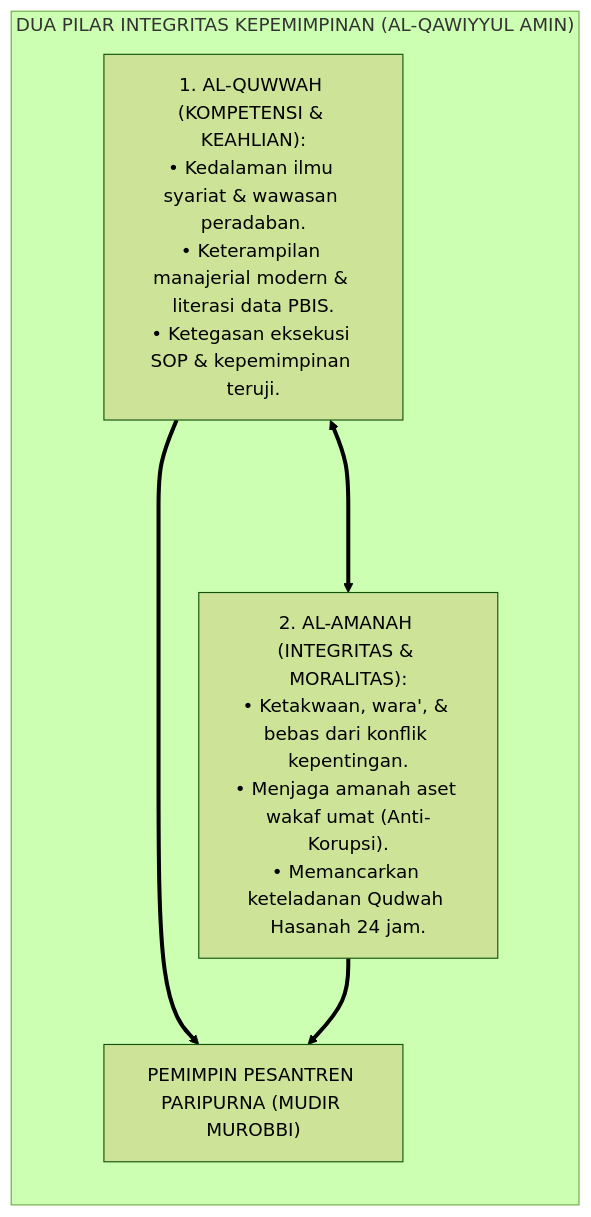
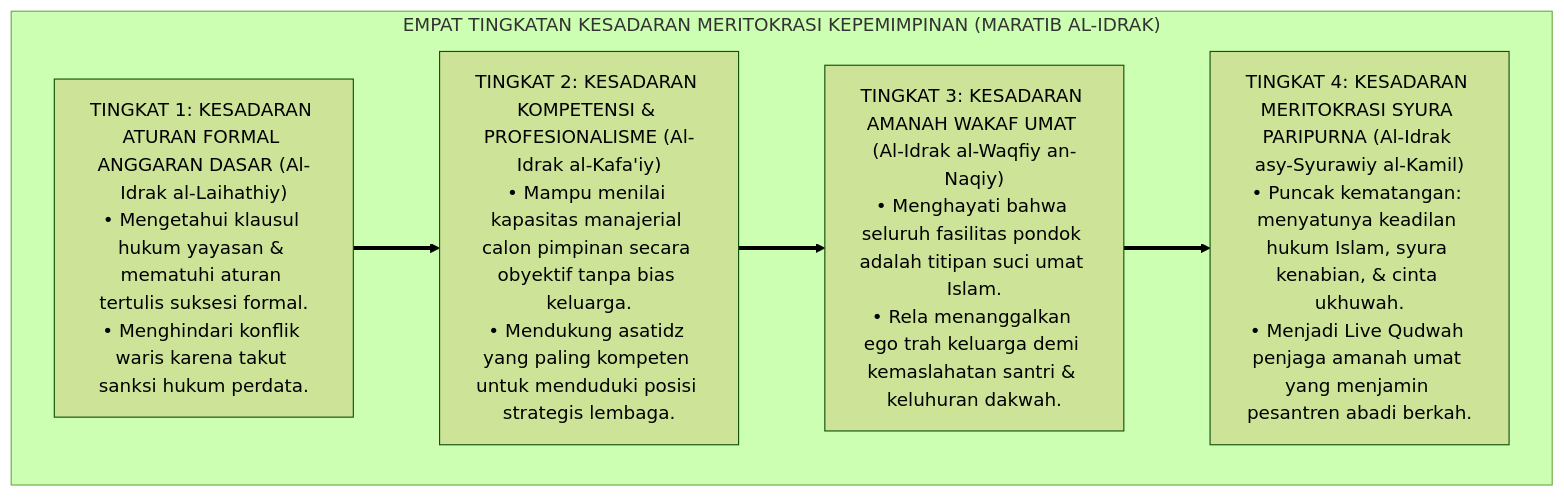
The third of 5 diagrams in 01 Philosophy/05 Leadership/P1-05-05-Kritik-Oligarki-dan-Dinasti-Kepemimpinan-Pesantren.md (wandiapriliyandi/tumbuh), drawn with Mermaid (forest theme) before and after one commit. The commit also changed other lines of this file and 7 other files, not shown here.

````diff
--- a/01 Philosophy/05 Leadership/P1-05-05-Kritik-Oligarki-dan-Dinasti-Kepemimpinan-Pesantren.md
+++ b/01 Philosophy/05 Leadership/P1-05-05-Kritik-Oligarki-dan-Dinasti-Kepemimpinan-Pesantren.md
@@ -106,13 +138,15 @@
 ```mermaid
-graph LR
-    subgraph KriteriaKepemimpinanSyarie["DUA PILAR INTEGRITAS KEPEMIMPINAN (AL-QAWIYYUL AMIN)"]
-        Quwwah["1. AL-QUWWAH (KOMPETENSI & KEAHLIAN):<br/>• Kedalaman ilmu syariat & wawasan peradaban.<br/>• Keterampilan manajerial modern & literasi data PBIS.<br/>• Ketegasan eksekusi SOP & kepemimpinan teruji."]
+flowchart TD
+    subgraph TingkatanKesadaranMeritokrasi["EMPAT TINGKATAN KESADARAN MERITOKRASI KEPEMIMPINAN (MARATIB AL-IDRAK)"]
         
-        Amanah["2. AL-AMANAH (INTEGRITAS & MORALITAS):<br/>• Ketakwaan, wara', & bebas dari konflik kepentingan.<br/>• Menjaga amanah aset wakaf umat (Anti-Korupsi).<br/>• Memancarkan keteladanan Qudwah Hasanah 24 jam."]
+        M1_Level["TINGKAT 1: KESADARAN ATURAN FORMAL ANGGARAN DASAR (Al-Idrak al-Laihathiy)<br/>• Mengetahui klausul hukum yayasan & mematuhi aturan tertulis suksesi formal.<br/>• Menghindari konflik waris karena takut sanksi hukum perdata."]
         
-        Quwwah <===> Amanah
+        M2_Level["TINGKAT 2: KESADARAN KOMPETENSI & PROFESIONALISME (Al-Idrak al-Kafa'iy)<br/>• Mampu menilai kapasitas manajerial calon pimpinan secara obyektif tanpa bias keluarga.<br/>• Mendukung asatidz yang paling kompeten untuk menduduki posisi strategis lembaga."]
         
-        Syarat["PEMIMPIN PESANTREN PARIPURNA (MUDIR MUROBBI)"]
-        Quwwah & Amanah ==> Syarat
+        M3_Level["TINGKAT 3: KESADARAN AMANAH WAKAF UMAT (Al-Idrak al-Waqfiy an-Naqiy)<br/>• Menghayati bahwa seluruh fasilitas pondok adalah titipan suci umat Islam.<br/>• Rela menanggalkan ego trah keluarga demi kemaslahatan santri & keluhuran dakwah."]
+        
+        M4_Level["TINGKAT 4: KESADARAN MERITOKRASI SYURA PARIPURNA (Al-Idrak asy-Syurawiy al-Kamil)<br/>• Puncak kematangan: menyatunya keadilan hukum Islam, syura kenabian, & cinta ukhuwah.<br/>• Menjadi Live Qudwah penjaga amanah umat yang menjamin pesantren abadi berkah."]
+        
+        M1_Level ==> M2_Level ==> M3_Level ==> M4_Level
     end
 ```
````
